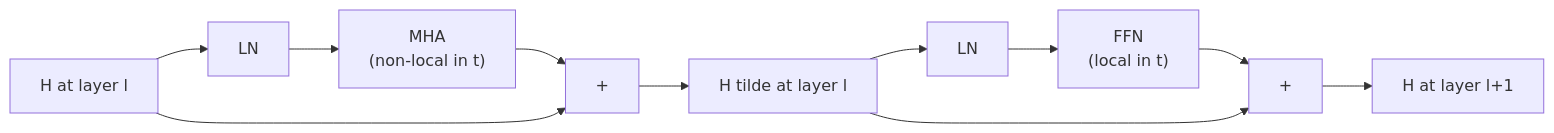
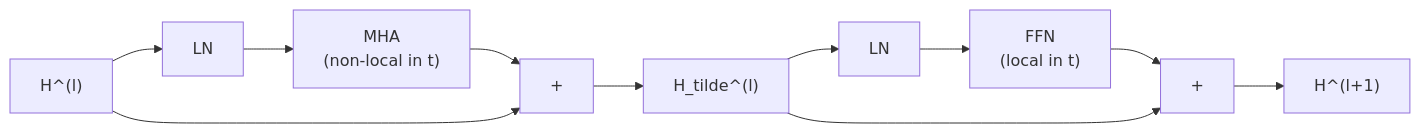
Before and after one commit to dimitarpg13/semantic_simulation: the second of 4 diagrams in docs/Multi-Head_Attention_in_Transformer_Block.md, drawn with Mermaid. The commit also changed other lines of this file, not shown here.

````diff
--- a/docs/Multi-Head_Attention_in_Transformer_Block.md
+++ b/docs/Multi-Head_Attention_in_Transformer_Block.md
@@ -439,13 +439,13 @@
 ```mermaid
 flowchart LR
-    H["H at layer l"] --> LN1["LN"]
+    H["H^(l)"] --> LN1["LN"]
     LN1 --> MHA["MHA<br>(non-local in t)"]
     MHA --> Add1["+"]
     H --> Add1
-    Add1 --> Htilde["H tilde at layer l"]
+    Add1 --> Htilde["H_tilde^(l)"]
     Htilde --> LN2["LN"]
     LN2 --> FFN["FFN<br>(local in t)"]
     FFN --> Add2["+"]
     Htilde --> Add2
-    Add2 --> Hnext["H at layer l+1"]
+    Add2 --> Hnext["H^(l+1)"]
 ```
````
